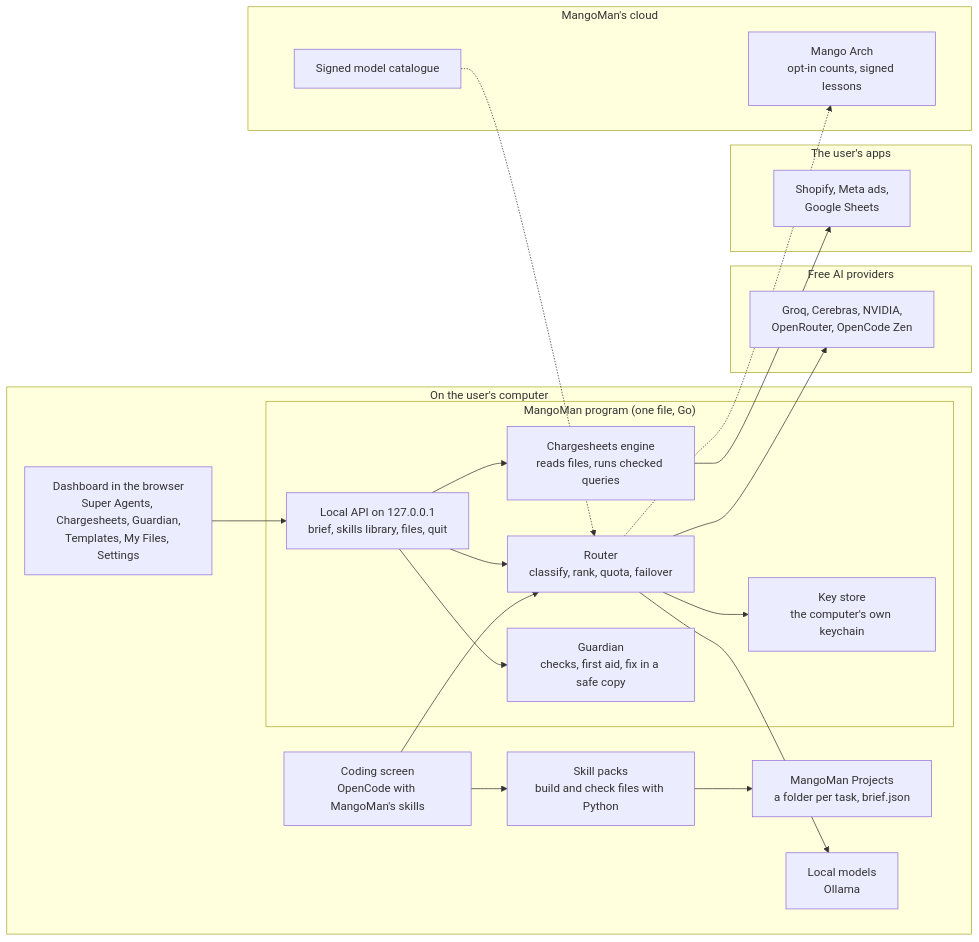
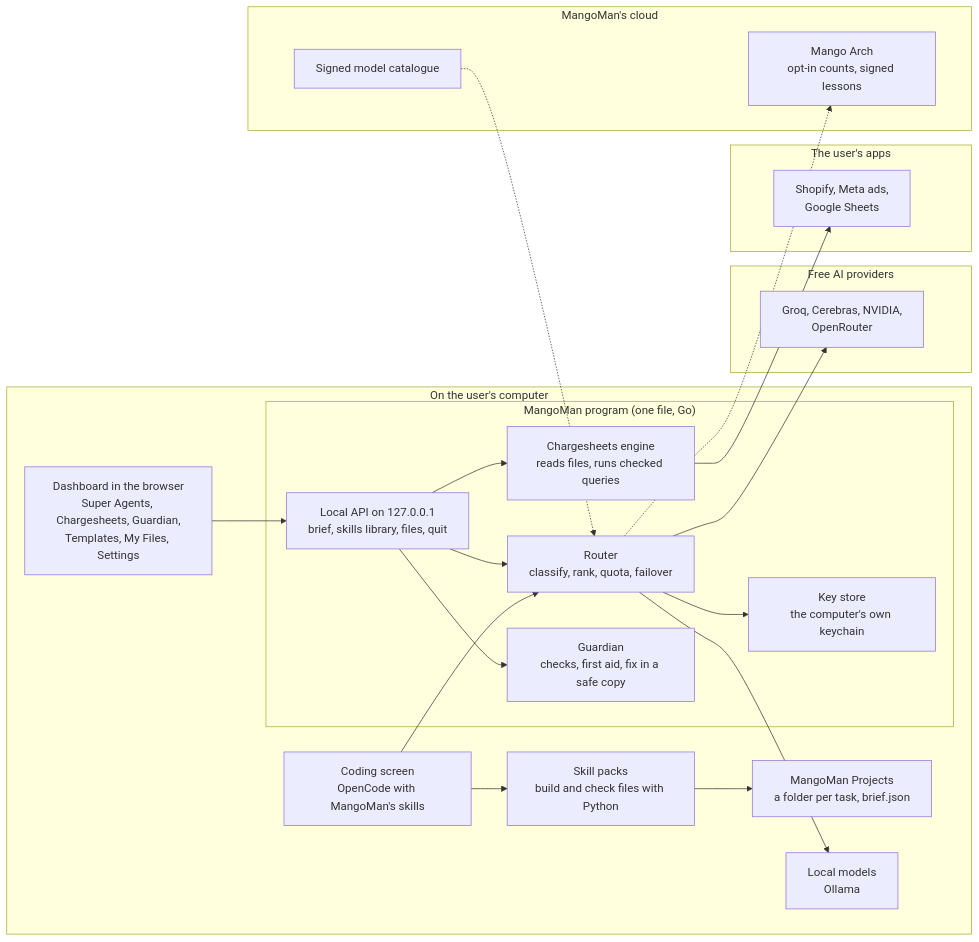
One commit to pusyc74-prog/MangoMan changed the first of 5 diagrams in docs/PRD.md. Above: the diagram before and after it, drawn with Mermaid. The commit also changed other lines of this file and 19 other files, not shown here.

First line of the commit message:
Router: set aside a key refused on every model; OpenCode Zen leaves the router

````diff
--- a/docs/PRD.md
+++ b/docs/PRD.md
@@ -85,40 +85,40 @@
 ```mermaid
 flowchart LR
   subgraph pc["On the user's computer"]
     ui["Dashboard in the browser<br/>Super Agents, Chargesheets, Guardian,<br/>Templates, My Files, Settings"]
     subgraph core["MangoMan program (one file, Go)"]
       api["Local API on 127.0.0.1<br/>brief, skills library, files, quit"]
       router["Router<br/>classify, rank, quota, failover"]
       keys["Key store<br/>the computer's own keychain"]
       sheets["Chargesheets engine<br/>reads files, runs checked queries"]
       guard["Guardian<br/>checks, first aid, fix in a safe copy"]
     end
     code["Coding screen<br/>OpenCode with MangoMan's skills"]
     skills["Skill packs<br/>build and check files with Python"]
     files["MangoMan Projects<br/>a folder per task, brief.json"]
     local["Local models<br/>Ollama"]
   end
   subgraph free["Free AI providers"]
-    prov["Groq, Cerebras, NVIDIA,<br/>OpenRouter, OpenCode Zen"]
+    prov["Groq, Cerebras, NVIDIA,<br/>OpenRouter"]
   end
   subgraph apps["The user's apps"]
     conn["Shopify, Meta ads,<br/>Google Sheets"]
   end
   subgraph ours["MangoMan's cloud"]
     cat["Signed model catalogue"]
     arch["Mango Arch<br/>opt-in counts, signed lessons"]
   end
   ui --> api
   api --> router
   api --> sheets
   api --> guard
   code --> router
   code --> skills
   skills --> files
   router --> keys
   router --> prov
   router --> local
   sheets --> conn
   cat -.-> router
   router -.-> arch
 ```
````
